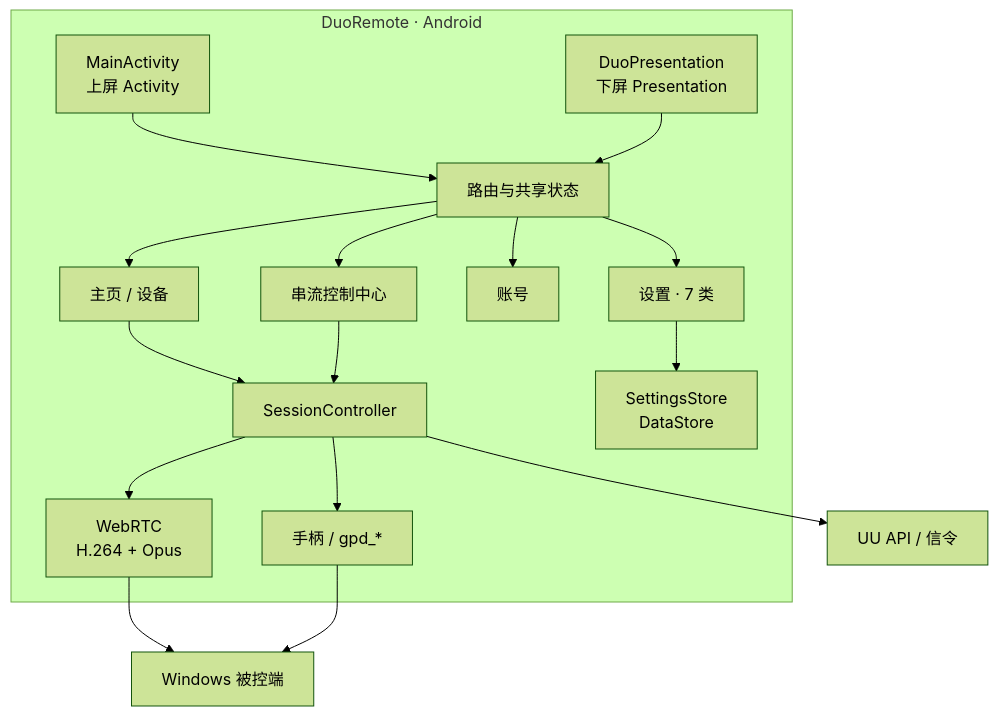
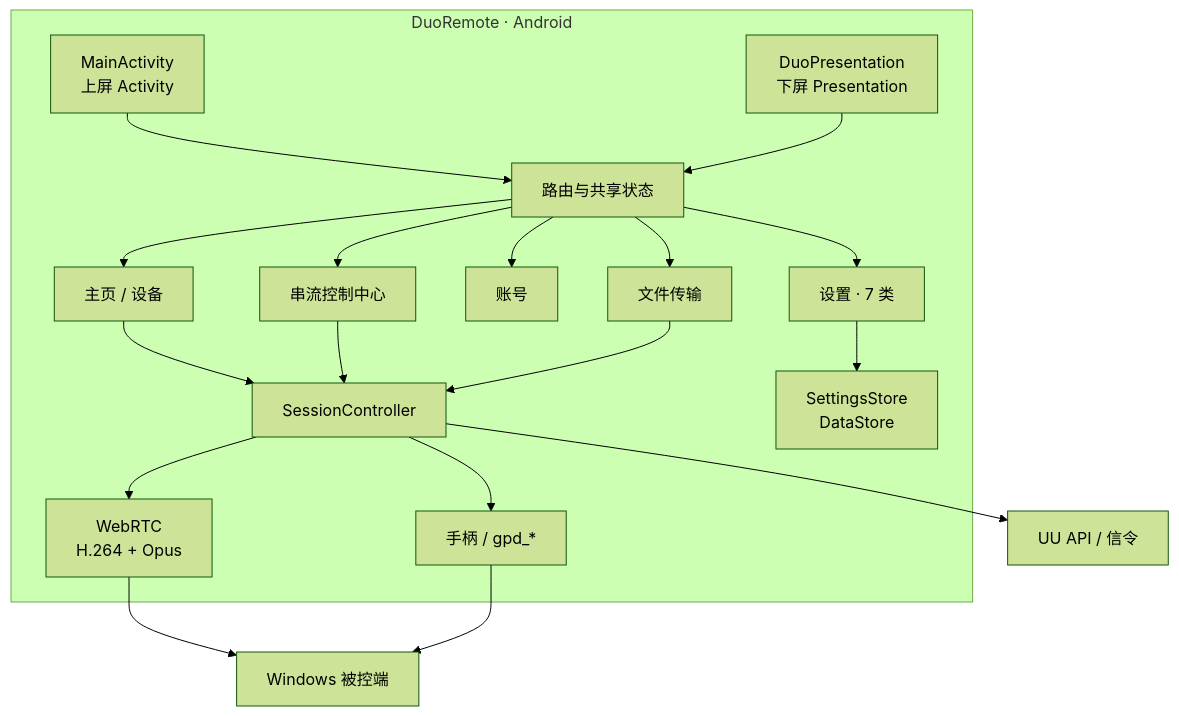
Before and after one commit to 0sour/uuremote-duo: the first of 2 diagrams in README.md, drawn with Mermaid (forest theme). The commit also changed other lines of this file and 20 other files, not shown here.

````diff
--- a/README.md
+++ b/README.md
@@ -125,19 +126,21 @@
 ```mermaid
 flowchart TB
   subgraph APP["DuoRemote · Android"]
     A["MainActivity<br/>上屏 Activity"] --> R["路由与共享状态"]
     P["DuoPresentation<br/>下屏 Presentation"] --> R
     R --> H["主页 / 设备"]
     R --> S["设置 · 7 类"]
     R --> AC["账号"]
     R --> CC["串流控制中心"]
+    R --> F["文件传输"]
     H --> SC["SessionController"]
     CC --> SC
+    F --> SC
     S --> DS["SettingsStore<br/>DataStore"]
     SC --> GP["手柄 / gpd_*"]
     SC --> RTC["WebRTC<br/>H.264 + Opus"]
   end
   SC --> API["UU API / 信令"]
   RTC --> PC["Windows 被控端"]
   GP --> PC
 ```
````
